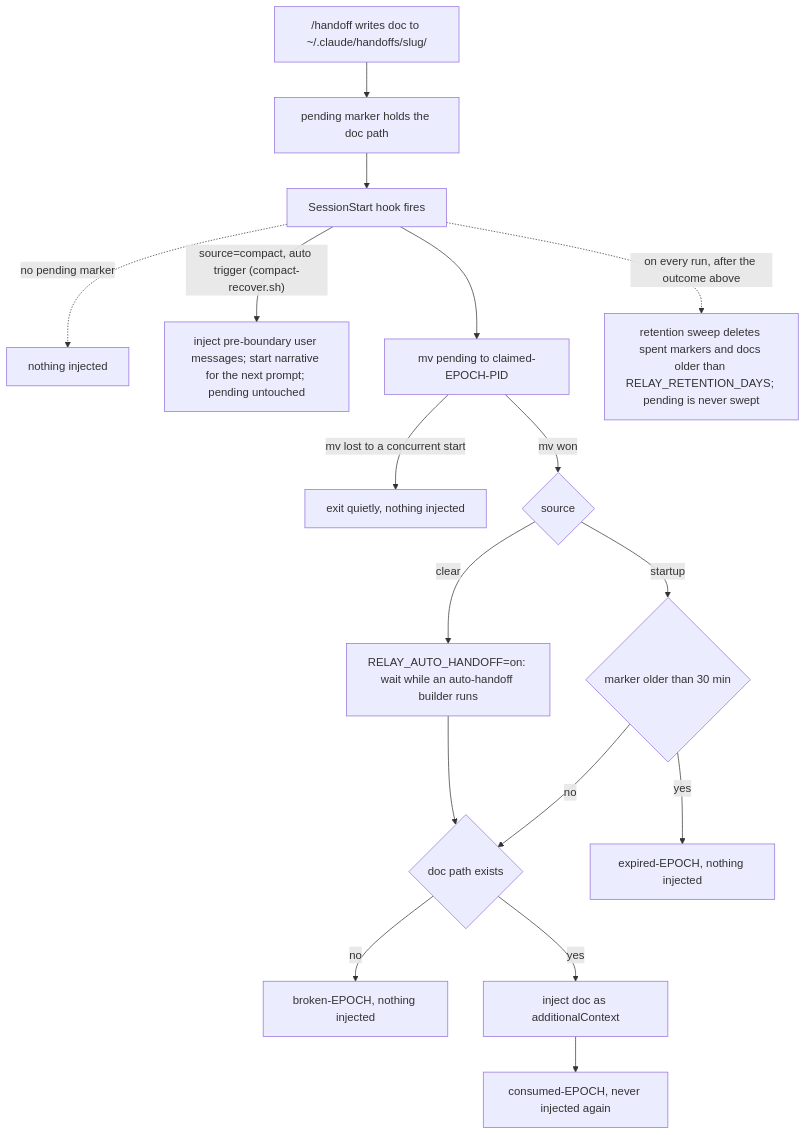
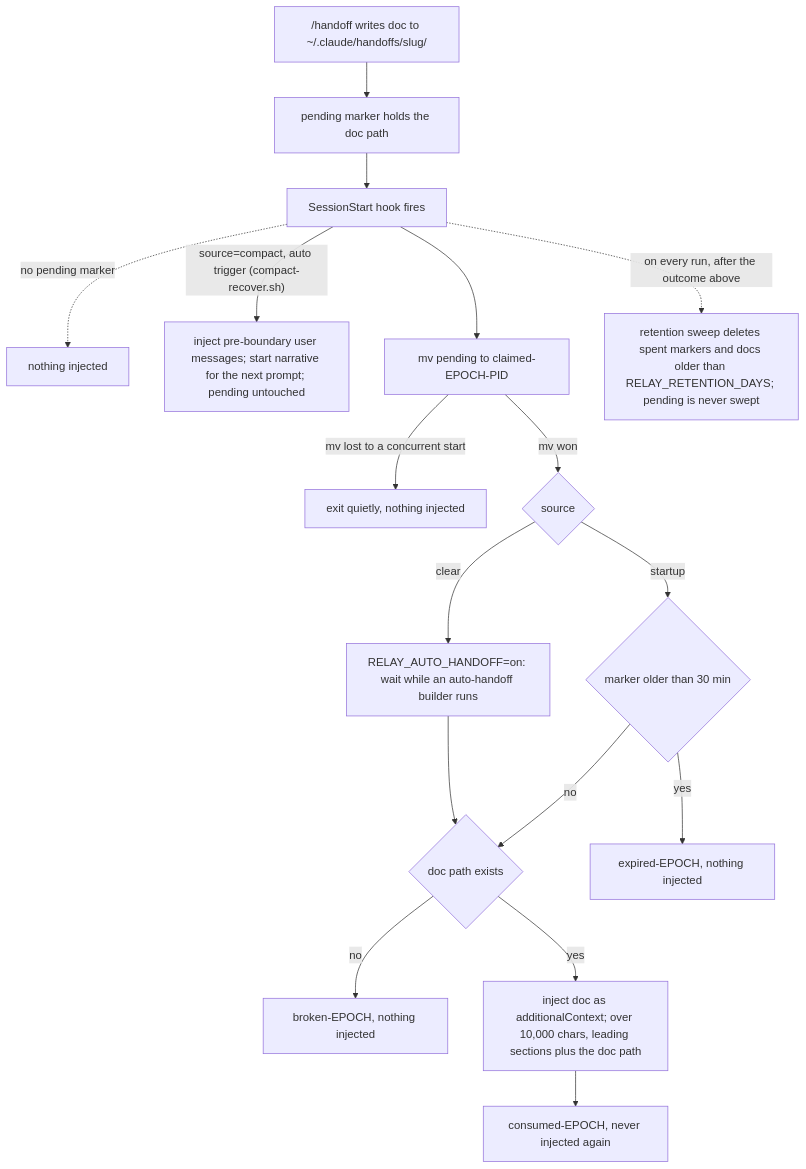
The diagram in relay/README.md (starfysh-tech/nautilai), drawn with Mermaid before and after one commit. The commit also changed other lines of this file and 6 other files, not shown here.

````diff
--- a/relay/README.md
+++ b/relay/README.md
@@ -81,19 +81,19 @@
 ```mermaid
 flowchart TD
     A["/handoff writes doc to ~/.claude/handoffs/slug/"] --> B["pending marker holds the doc path"]
     B --> C["SessionStart hook fires"]
     C -.->|"no pending marker"| M["nothing injected"]
     C -->|"source=compact, auto trigger (compact-recover.sh)"| P["inject pre-boundary user messages; start narrative for the next prompt; pending untouched"]
     C --> D["mv pending to claimed-EPOCH-PID"]
     D -->|"mv lost to a concurrent start"| E["exit quietly, nothing injected"]
     D -->|"mv won"| F{"source"}
     F -->|"clear"| W["RELAY_AUTO_HANDOFF=on: wait while an auto-handoff builder runs"]
     W --> H{"doc path exists"}
     F -->|"startup"| G{"marker older than 30 min"}
     G -->|"yes"| I["expired-EPOCH, nothing injected"]
     G -->|"no"| H
     H -->|"no"| J["broken-EPOCH, nothing injected"]
-    H -->|"yes"| K["inject doc as additionalContext"]
+    H -->|"yes"| K["inject doc as additionalContext; over 10,000 chars, leading sections plus the doc path"]
     K --> L["consumed-EPOCH, never injected again"]
     C -.->|"on every run, after the outcome above"| N["retention sweep deletes spent markers and docs older than RELAY_RETENTION_DAYS; pending is never swept"]
 ```
````
